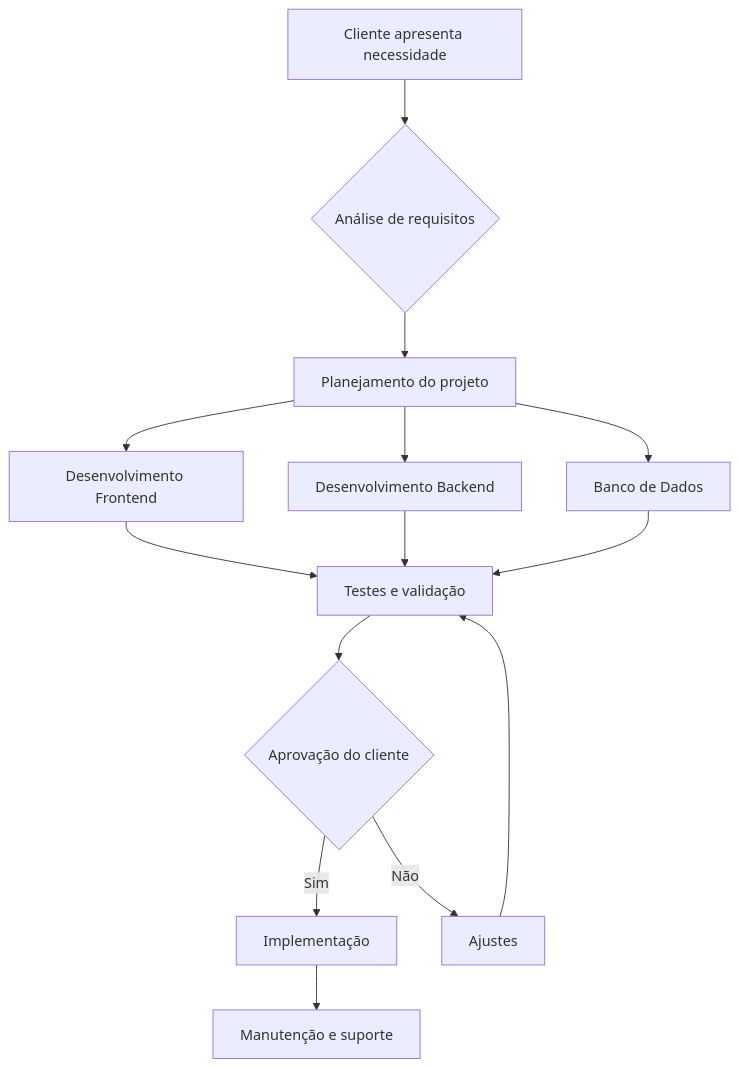
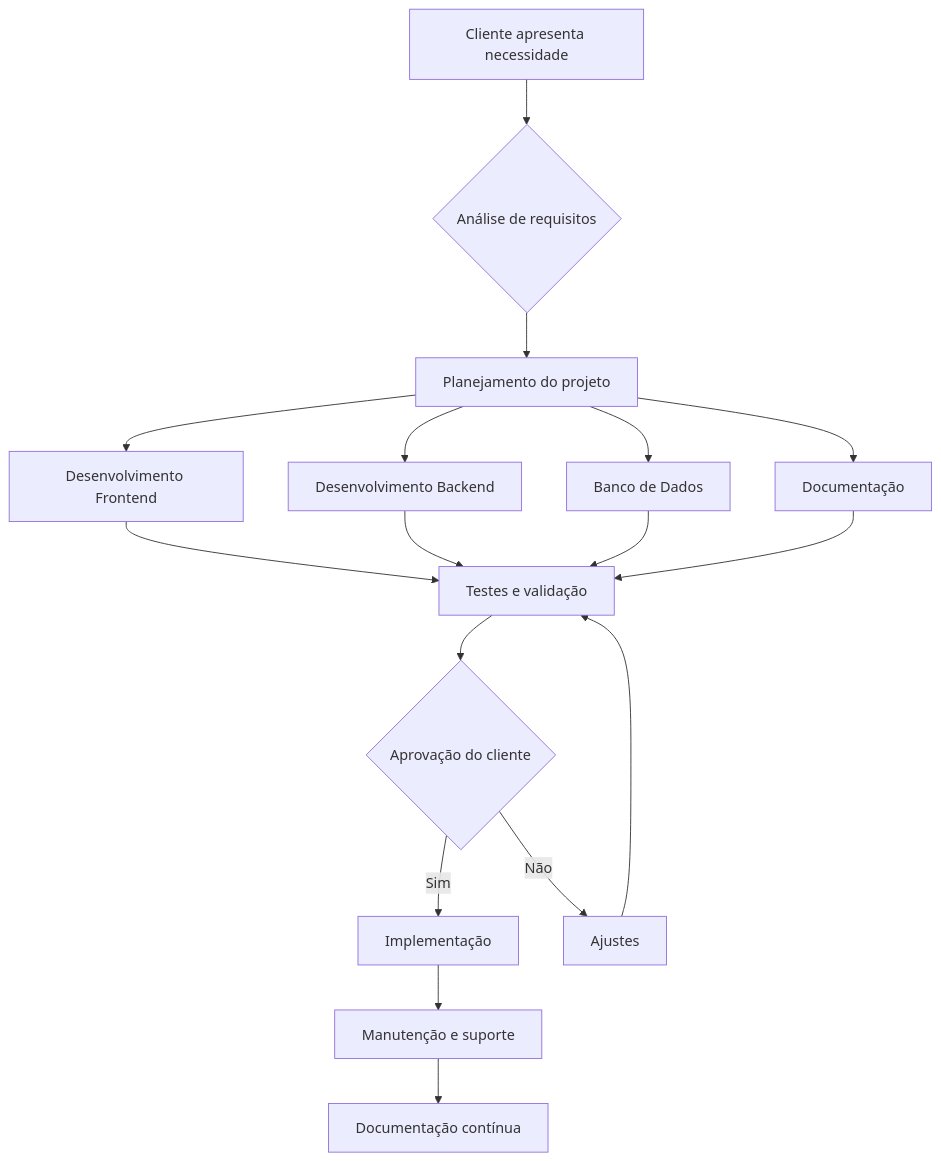
Before and after one commit to AlesonPungirum/AlesonPungirum: the third of 4 diagrams in README.md, drawn with Mermaid. The commit also changed other lines of this file, not shown here.

````diff
--- a/README.md
+++ b/README.md
@@ -163,16 +161,19 @@
 ```mermaid
 flowchart TD
     A[Cliente apresenta necessidade] --> B{Análise de requisitos}
     B --> C[Planejamento do projeto]
     C --> D[Desenvolvimento Frontend]
     C --> E[Desenvolvimento Backend]
     C --> F[Banco de Dados]
-    D --> G[Testes e validação]
-    E --> G
-    F --> G
-    G --> H{Aprovação do cliente}
-    H -->|Sim| I[Implementação]
-    H -->|Não| J[Ajustes]
-    J --> G
-    I --> K[Manutenção e suporte]
+    C --> G[Documentação]
+    D --> H[Testes e validação]
+    E --> H
+    F --> H
+    G --> H
+    H --> I{Aprovação do cliente}
+    I -->|Sim| J[Implementação]
+    I -->|Não| K[Ajustes]
+    K --> H
+    J --> L[Manutenção e suporte]
+    L --> M[Documentação contínua]
 ```
````
